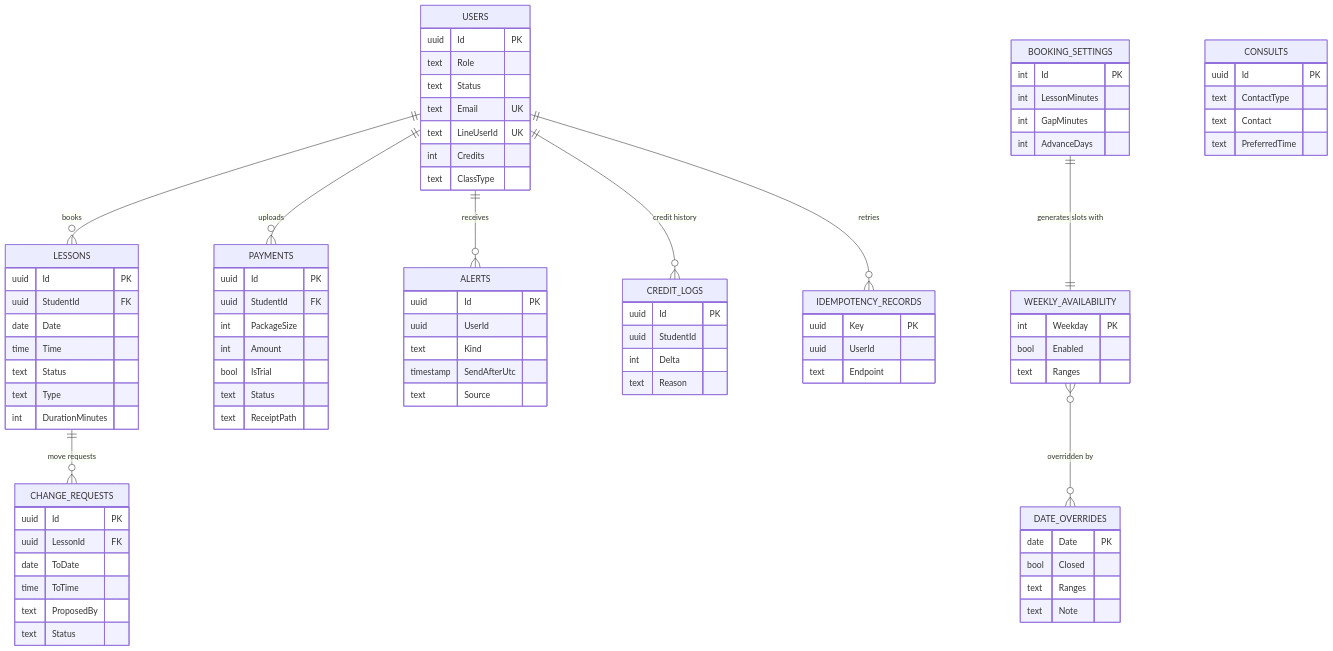
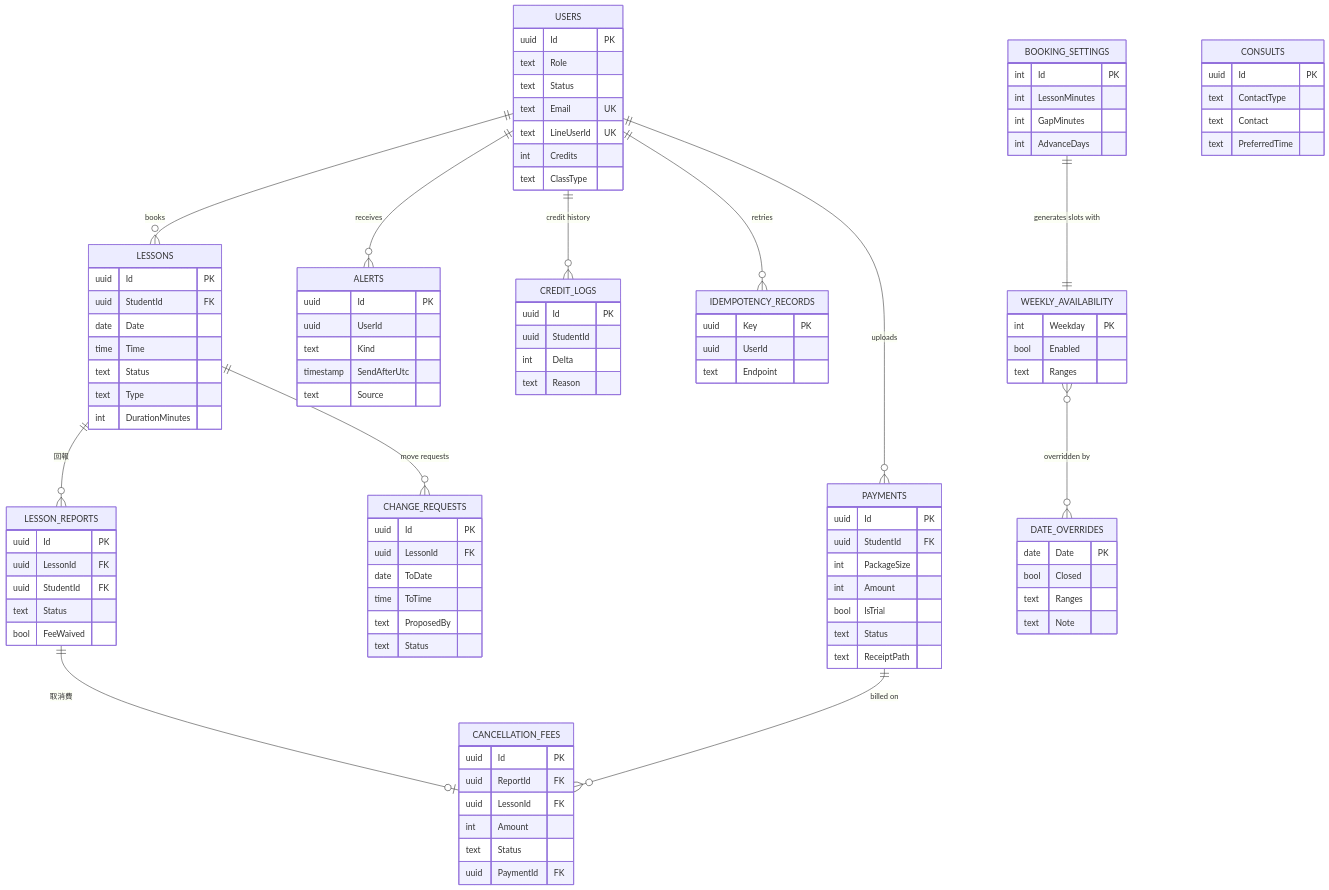
Before and after one commit to ChandraJonathanZheng/Iris-Studio: the diagram in docs/SCHEMA.md, drawn with Mermaid. The commit also changed other lines of this file and 5 other files, not shown here.

First line of the commit message:
Docs: PRD v2.5, SCHEMA v2.4, new API.md

````diff
--- a/docs/SCHEMA.md
+++ b/docs/SCHEMA.md
@@ -17,23 +17,28 @@
 ```mermaid
 erDiagram
   USERS ||--o{ LESSONS : "books"
   USERS ||--o{ PAYMENTS : "uploads"
   USERS ||--o{ ALERTS : "receives"
   USERS ||--o{ CREDIT_LOGS : "credit history"
   LESSONS ||--o{ CHANGE_REQUESTS : "move requests"
+  LESSONS ||--o{ LESSON_REPORTS : "回報"
+  LESSON_REPORTS ||--o| CANCELLATION_FEES : "取消費"
+  PAYMENTS ||--o{ CANCELLATION_FEES : "billed on"
   USERS ||--o{ IDEMPOTENCY_RECORDS : "retries"
   BOOKING_SETTINGS ||--|| WEEKLY_AVAILABILITY : "generates slots with"
   WEEKLY_AVAILABILITY }o--o{ DATE_OVERRIDES : "overridden by"
 
   USERS { uuid Id PK  text Role  text Status  text Email UK  text LineUserId UK  int Credits  text ClassType }
   LESSONS { uuid Id PK  uuid StudentId FK  date Date  time Time  text Status  text Type  int DurationMinutes }
   CHANGE_REQUESTS { uuid Id PK  uuid LessonId FK  date ToDate  time ToTime  text ProposedBy  text Status }
   PAYMENTS { uuid Id PK  uuid StudentId FK  int PackageSize  int Amount  bool IsTrial  text Status  text ReceiptPath }
+  LESSON_REPORTS { uuid Id PK  uuid LessonId FK  uuid StudentId FK  text Status  bool FeeWaived }
+  CANCELLATION_FEES { uuid Id PK  uuid ReportId FK  uuid LessonId FK  int Amount  text Status  uuid PaymentId FK }
   ALERTS { uuid Id PK  uuid UserId  text Kind  timestamp SendAfterUtc  text Source }
   CONSULTS { uuid Id PK  text ContactType  text Contact  text PreferredTime }
   CREDIT_LOGS { uuid Id PK  uuid StudentId  int Delta  text Reason }
   IDEMPOTENCY_RECORDS { uuid Key PK  uuid UserId  text Endpoint }
   BOOKING_SETTINGS { int Id PK  int LessonMinutes  int GapMinutes  int AdvanceDays }
   WEEKLY_AVAILABILITY { int Weekday PK  bool Enabled  text Ranges }
   DATE_OVERRIDES { date Date PK  bool Closed  text Ranges  text Note }
 ```
````
